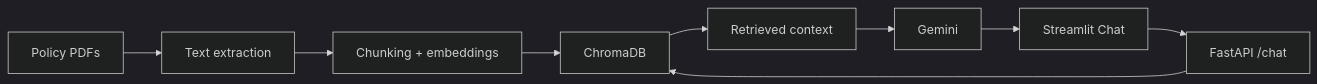
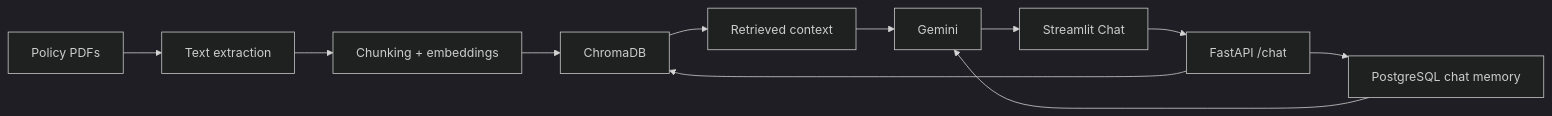
One commit to HardityaGhuman/aria changed the diagram in README.md. Above: the diagram before and after it, drawn with Mermaid (dark theme). The commit also changed other lines of this file and 7 other files, not shown here.

Commit message:
Implemented conversational history using PostgreSQL & context summarization with token limits

````diff
--- a/README.md
+++ b/README.md
@@ -31,11 +33,13 @@
 ```mermaid
 flowchart LR
     A[Policy PDFs] --> B[Text extraction]
     B --> C[Chunking + embeddings]
     C --> D[ChromaDB]
     E[Streamlit Chat] --> F[FastAPI /chat]
     F --> D
+    F --> I[PostgreSQL chat memory]
     D --> G[Retrieved context]
+    I --> H[Gemini]
     G --> H[Gemini]
     H --> E
 ```
````
